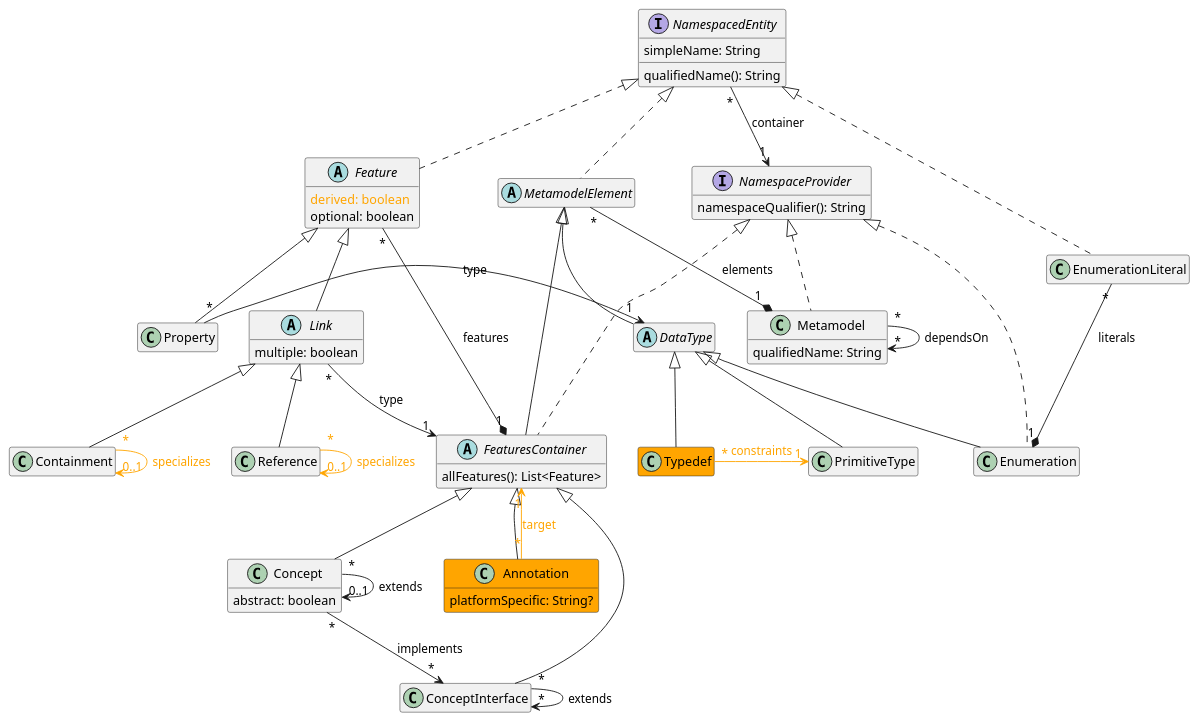
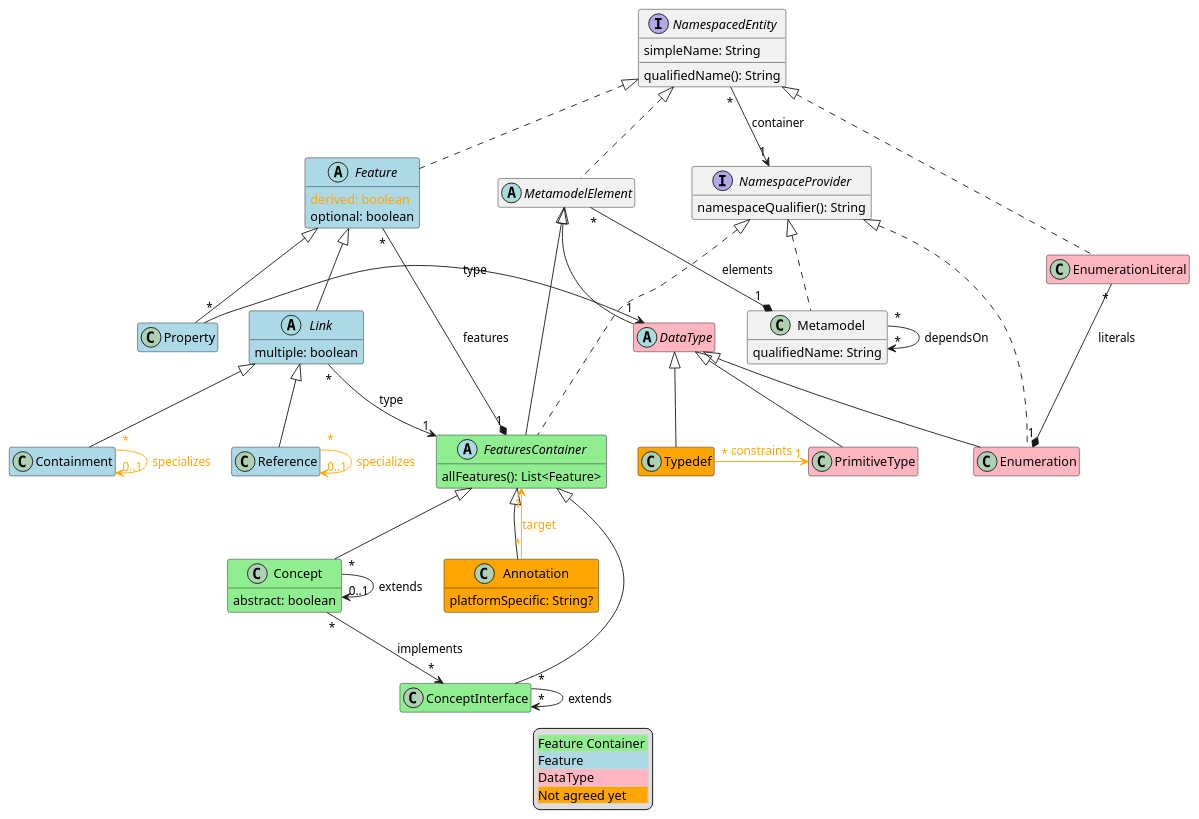
Before and after one commit to LionWeb-io/specification: the diagram in lioncore/metametamodel.puml, drawn with PlantUML. The commit also changed 1 other file, not shown here.

Commit message:
color-coded parts of M3 diagram

```diff
--- a/lioncore/metametamodel.puml
+++ b/lioncore/metametamodel.puml
@@ -1,86 +1,92 @@
 @startuml
 hide empty members
 
 interface NamespacedEntity {
   simpleName: String
   qualifiedName(): String
 }
 
 interface NamespaceProvider {
   namespaceQualifier(): String
 }
 
 class Metamodel implements NamespaceProvider {
   qualifiedName: String
 }
 
 abstract class MetamodelElement implements NamespacedEntity
 
-abstract class FeaturesContainer extends MetamodelElement implements NamespaceProvider {
+abstract class FeaturesContainer #LightGreen extends MetamodelElement implements NamespaceProvider {
   allFeatures(): List<Feature>
 }
 
 class Annotation #orange extends FeaturesContainer  {
   platformSpecific: String?
 }
 
-class Concept extends FeaturesContainer {
+class Concept #LightGreen extends FeaturesContainer {
   abstract: boolean
 }
 
-class ConceptInterface extends FeaturesContainer
+class ConceptInterface #LightGreen extends FeaturesContainer
 
-abstract class Feature implements NamespacedEntity {
+abstract class Feature #LightBlue implements NamespacedEntity {
   <color:#orange>derived: boolean</color>
   optional: boolean
 }
 
-class Property extends Feature
+class Property #LightBlue extends Feature
 
 class Typedef #orange extends DataType
 
-abstract class DataType extends MetamodelElement
+abstract class DataType #LightPink extends MetamodelElement
 
-class PrimitiveType extends DataType
+class PrimitiveType #LightPink extends DataType
 
-class Enumeration extends DataType implements NamespaceProvider
+class Enumeration #LightPink extends DataType implements NamespaceProvider
 
-class EnumerationLiteral implements NamespacedEntity
+class EnumerationLiteral #LightPink implements NamespacedEntity
 
-abstract class Link extends Feature {
+abstract class Link #LightBlue extends Feature {
   multiple: boolean
 }
 
-class Containment extends Link
+class Containment #LightBlue extends Link
 
-class Reference extends Link
+class Reference #LightBlue extends Link
 
 ' relations:
 
 Annotation "*" --> "1" FeaturesContainer #orange;text:orange : target
 
 Concept "*" -> "0..1" Concept: extends
 Concept "*" --> "*" ConceptInterface: implements
 
 ConceptInterface "*" --> "*" ConceptInterface: extends
 
 Containment "*" -> "0..1" Containment #orange;text:orange : specializes
 
 Feature "*" -* "1" FeaturesContainer: features
 
 Link "*" --> "1" FeaturesContainer: type
 
 MetamodelElement "*" -* "1" Metamodel: elements
 Metamodel "*" --> "*" Metamodel: dependsOn
 
 NamespacedEntity "*" --> "1" NamespaceProvider: container
 
 Property "*" -> "1" DataType: type
 
 Reference "*" -> "0..1" Reference #orange;text:orange : specializes
 
 EnumerationLiteral "*" -* "1" Enumeration : literals
 
 Typedef "*" -> "1" PrimitiveType #orange;text:orange : constraints
 
+legend
+  <#LightGray,#LightGray>| <#LightGreen>Feature Container |
+  | <#LightBlue>Feature |
+  | <#LightPink>DataType |
+  | <#orange>Not agreed yet |
+end legend
 @enduml
```
